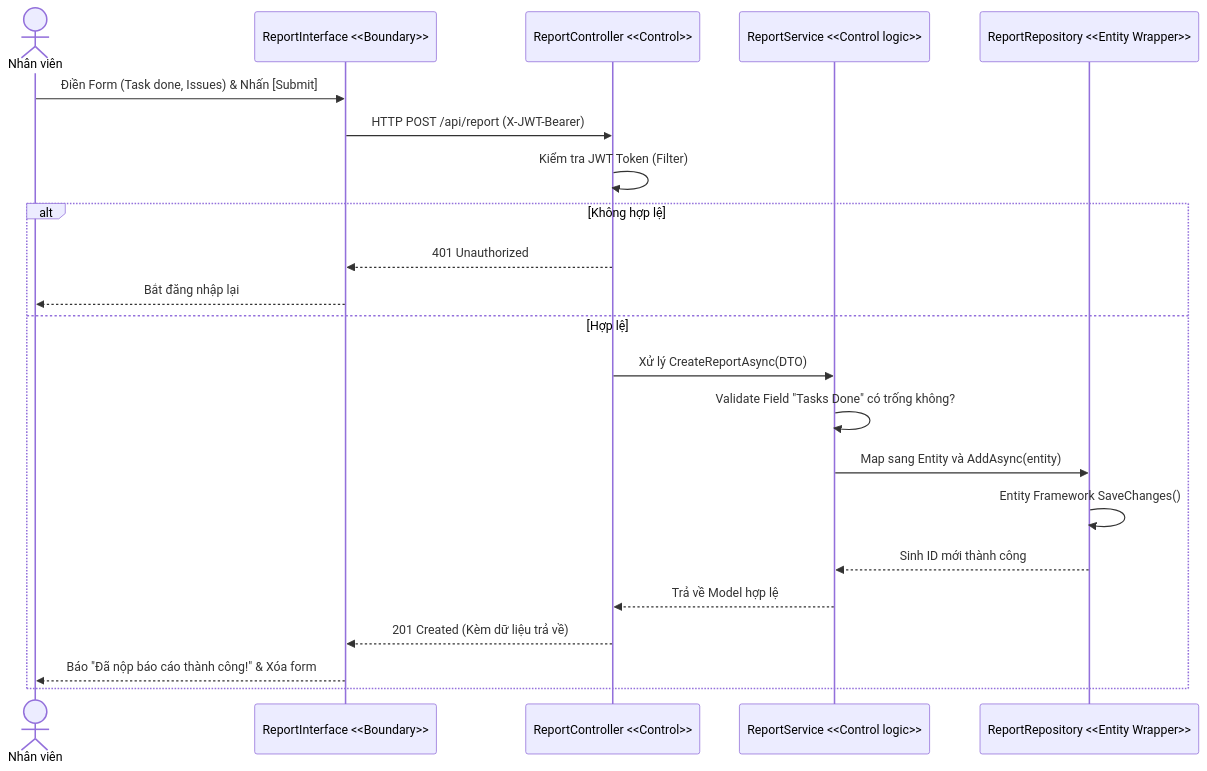
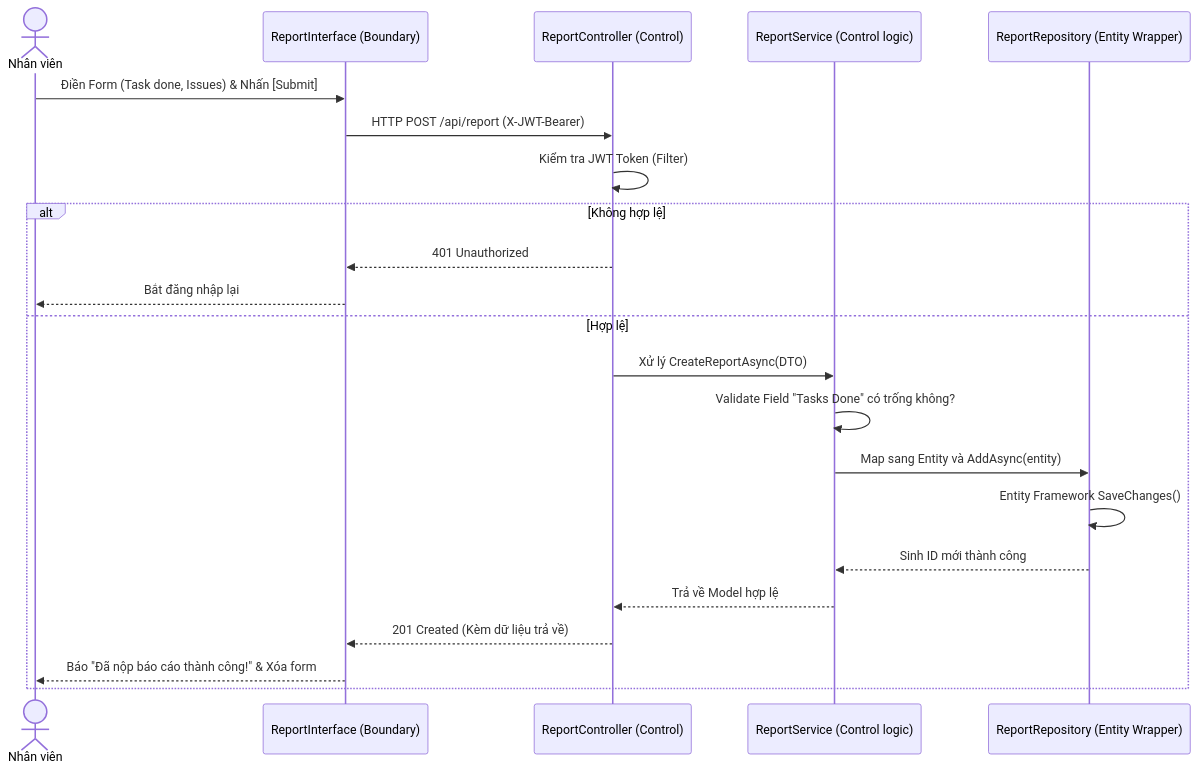
Before and after one commit to duckhynh/dailyreportsystem: the third of 6 diagrams in DailyReportSystem_DesignReport.md, drawn with Mermaid. The commit also changed other lines of this file, not shown here.

Commit message:
docs: fix Mermaid syntax in design report

````diff
--- a/DailyReportSystem_DesignReport.md
+++ b/DailyReportSystem_DesignReport.md
@@ -137,26 +137,26 @@
 ```mermaid
 sequenceDiagram
     actor Emp as Nhân viên
-    participant UI as ReportInterface <<Boundary>>
-    participant API as ReportController <<Control>>
-    participant Svc as ReportService <<Control logic>>
-    participant DB as ReportRepository <<Entity Wrapper>>
+    participant UI as ReportInterface (Boundary)
+    participant API as ReportController (Control)
+    participant Svc as ReportService (Control logic)
+    participant DB as ReportRepository (Entity Wrapper)
 
     Emp->>UI: Điền Form (Task done, Issues) & Nhấn [Submit]
     UI->>API: HTTP POST /api/report (X-JWT-Bearer)
     
     API->>API: Kiểm tra JWT Token (Filter)
     alt Không hợp lệ
         API-->>UI: 401 Unauthorized
         UI-->>Emp: Bắt đăng nhập lại
     else Hợp lệ
         API->>Svc: Xử lý CreateReportAsync(DTO)
         Svc->>Svc: Validate Field "Tasks Done" có trống không?
         Svc->>DB: Map sang Entity và AddAsync(entity)
         DB->>DB: Entity Framework SaveChanges()
         DB-->>Svc: Sinh ID mới thành công
         Svc-->>API: Trả về Model hợp lệ
         API-->>UI: 201 Created (Kèm dữ liệu trả về)
         UI-->>Emp: Báo "Đã nộp báo cáo thành công!" & Xóa form
     end
 ```
````
